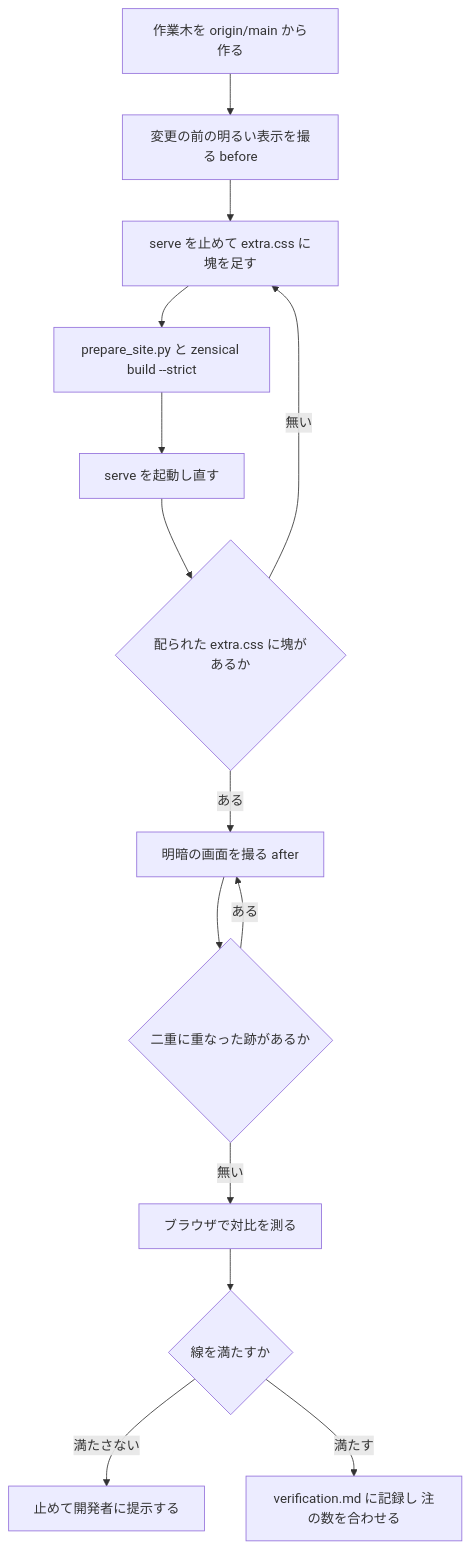
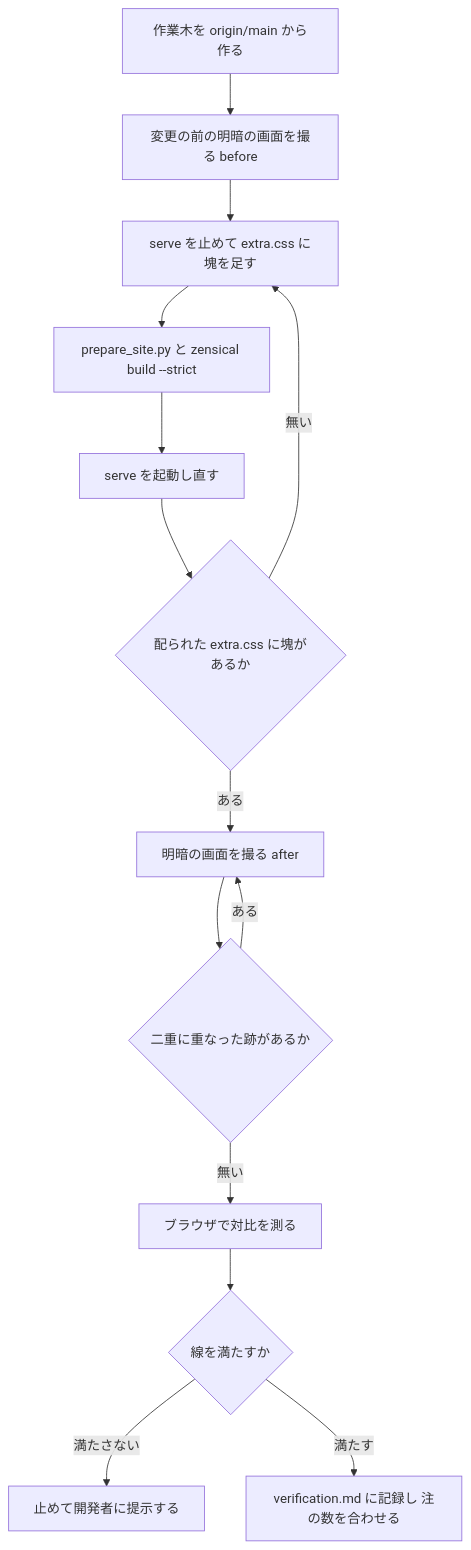
The second of 2 diagrams in .kiro/specs/site-look-dark-link-color/design.md (ekicyou/doc_edit), drawn with Mermaid before and after one commit. The commit also changed other lines of this file and 3 other files, not shown here.

````diff
--- a/.kiro/specs/site-look-dark-link-color/design.md
+++ b/.kiro/specs/site-look-dark-link-color/design.md
@@ -125,16 +126,16 @@
 ```mermaid
 flowchart TD
-    A[作業木を origin/main から作る] --> B[変更の前の明るい表示を撮る before]
+    A[作業木を origin/main から作る] --> B[変更の前の明暗の画面を撮る before]
     B --> C[serve を止めて extra.css に塊を足す]
     C --> D[prepare_site.py と zensical build --strict]
     D --> E[serve を起動し直す]
     E --> F{配られた extra.css に塊があるか}
     F -- 無い --> C
     F -- ある --> G[明暗の画面を撮る after]
     G --> H{二重に重なった跡があるか}
     H -- ある --> G
     H -- 無い --> I[ブラウザで対比を測る]
     I --> J{線を満たすか}
     J -- 満たさない --> K[止めて開発者に提示する]
     J -- 満たす --> L[verification.md に記録し 注の数を合わせる]
 ```
````
